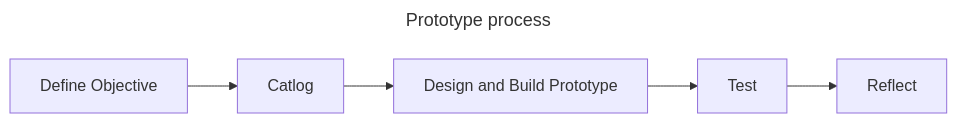
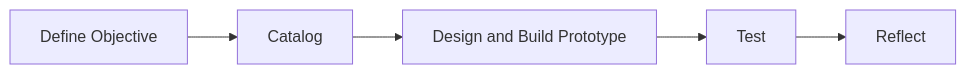
One commit to knatarasan/knatarasan.github.io changed the first of 3 diagrams in _posts/2025-07-03-this-is-prototype-book.md. Above: the diagram before and after it, drawn with Mermaid. The commit also changed other lines of this file and 1 other file, not shown here.

````diff
--- a/_posts/2025-07-03-this-is-prototype-book.md
+++ b/_posts/2025-07-03-this-is-prototype-book.md
@@ -54,10 +53,7 @@
 ```mermaid
----
-title: Prototype process
----
 flowchart LR
-DO[Define Objective] --> C[Catlog]
+DO[Define Objective] --> C[Catalog]
 C--> DE[Design and Build Prototype]
 DE --> TE[Test]
 TE --> RE[Reflect]
 ```
````
